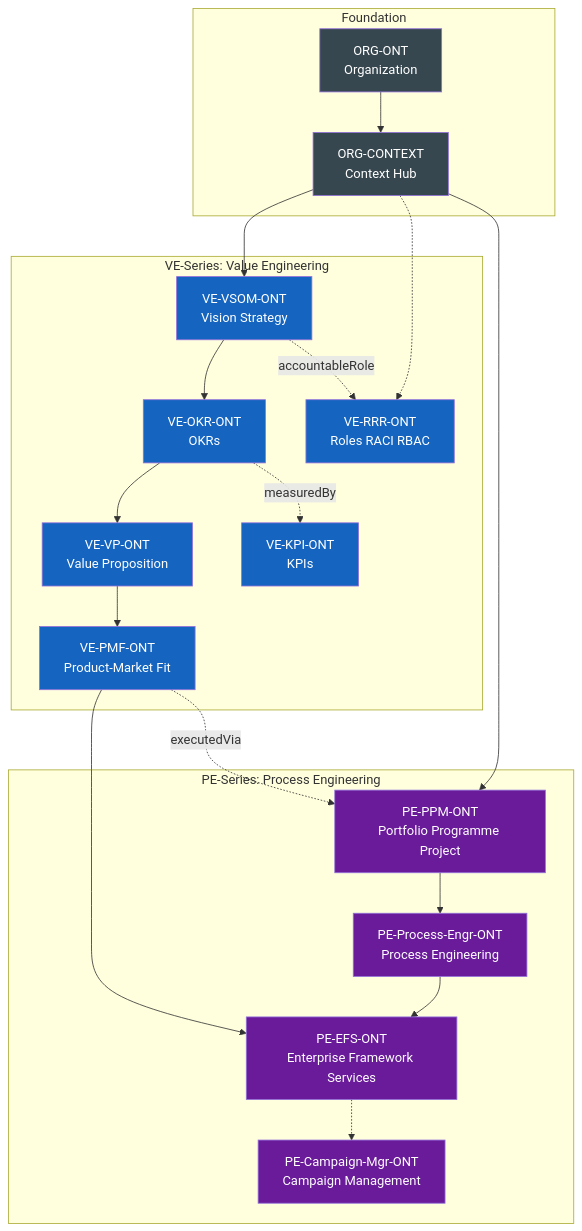
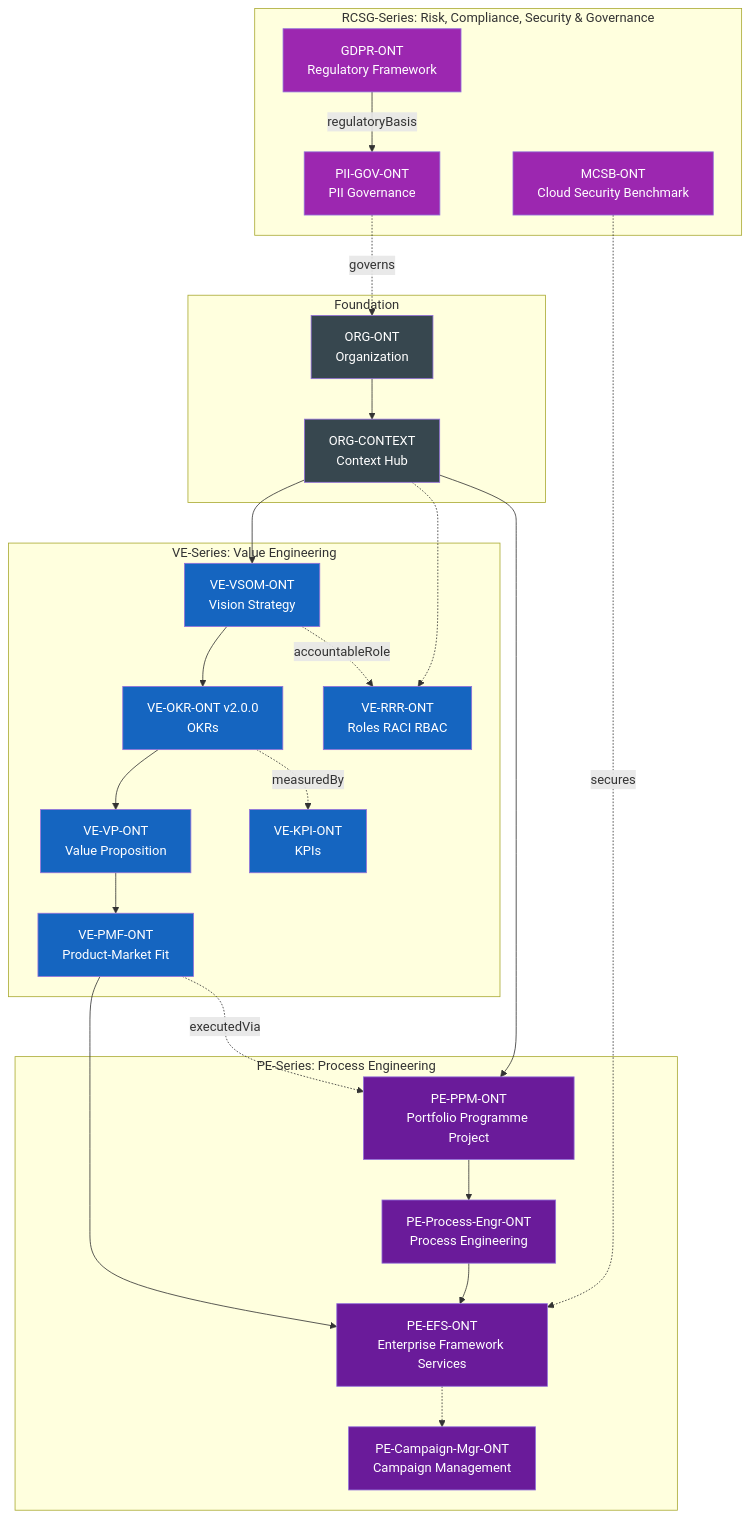
The eighth of 17 diagrams in PBS/ONTOLOGIES/ONTOLOGY-ARCHITECTURE.md (ajrmooreuk/Azlan-EA-AAA), drawn with Mermaid before and after one commit. The commit also changed other lines of this file and 1 other file, not shown here.

First line of the commit message:
Update architecture docs with RCSG-Series and OKR v2.0.0

````diff
--- a/PBS/ONTOLOGIES/ONTOLOGY-ARCHITECTURE.md
+++ b/PBS/ONTOLOGIES/ONTOLOGY-ARCHITECTURE.md
@@ -544,49 +557,61 @@
 ```mermaid
 flowchart TB
     subgraph "VE-Series: Value Engineering"
         VSOM[VE-VSOM-ONT<br/>Vision Strategy]
-        OKR[VE-OKR-ONT<br/>OKRs]
+        OKR[VE-OKR-ONT v2.0.0<br/>OKRs]
         VP[VE-VP-ONT<br/>Value Proposition]
         PMF[VE-PMF-ONT<br/>Product-Market Fit]
         RRR[VE-RRR-ONT<br/>Roles RACI RBAC]
         KPI[VE-KPI-ONT<br/>KPIs]
     end
 
     subgraph "PE-Series: Process Engineering"
         PPM[PE-PPM-ONT<br/>Portfolio Programme Project]
         PROC[PE-Process-Engr-ONT<br/>Process Engineering]
         EFS[PE-EFS-ONT<br/>Enterprise Framework Services]
         CAMP[PE-Campaign-Mgr-ONT<br/>Campaign Management]
+    end
+
+    subgraph "RCSG-Series: Risk, Compliance, Security & Governance"
+        RCSG_GDPR[GDPR-ONT<br/>Regulatory Framework]
+        RCSG_PII[PII-GOV-ONT<br/>PII Governance]
+        RCSG_MCSB[MCSB-ONT<br/>Cloud Security Benchmark]
+        RCSG_GDPR -->|regulatoryBasis| RCSG_PII
     end
 
     subgraph "Foundation"
         ORG[ORG-ONT<br/>Organization]
         CTX[ORG-CONTEXT<br/>Context Hub]
     end
 
     VSOM --> OKR
     OKR --> VP
     VP --> PMF
     PMF --> EFS
 
     VSOM -.->|"accountableRole"| RRR
     OKR -.->|"measuredBy"| KPI
     PMF -.->|"executedVia"| PPM
 
     PPM --> PROC
     PROC --> EFS
     EFS -.-> CAMP
 
     ORG --> CTX
     CTX --> VSOM
     CTX --> PPM
     CTX -.-> RRR
 
+    RCSG_PII -.->|"governs"| ORG
+    RCSG_MCSB -.->|"secures"| EFS
+
     classDef ve fill:#1565c0,color:#fff
     classDef pe fill:#6a1b9a,color:#fff
     classDef foundation fill:#37474f,color:#fff
+    classDef rcsg fill:#9c27b0,color:#fff
 
     class VSOM,OKR,VP,PMF,RRR,KPI ve
     class PPM,PROC,EFS,CAMP pe
     class ORG,CTX foundation
+    class RCSG_GDPR,RCSG_PII,RCSG_MCSB rcsg
 ```
````
